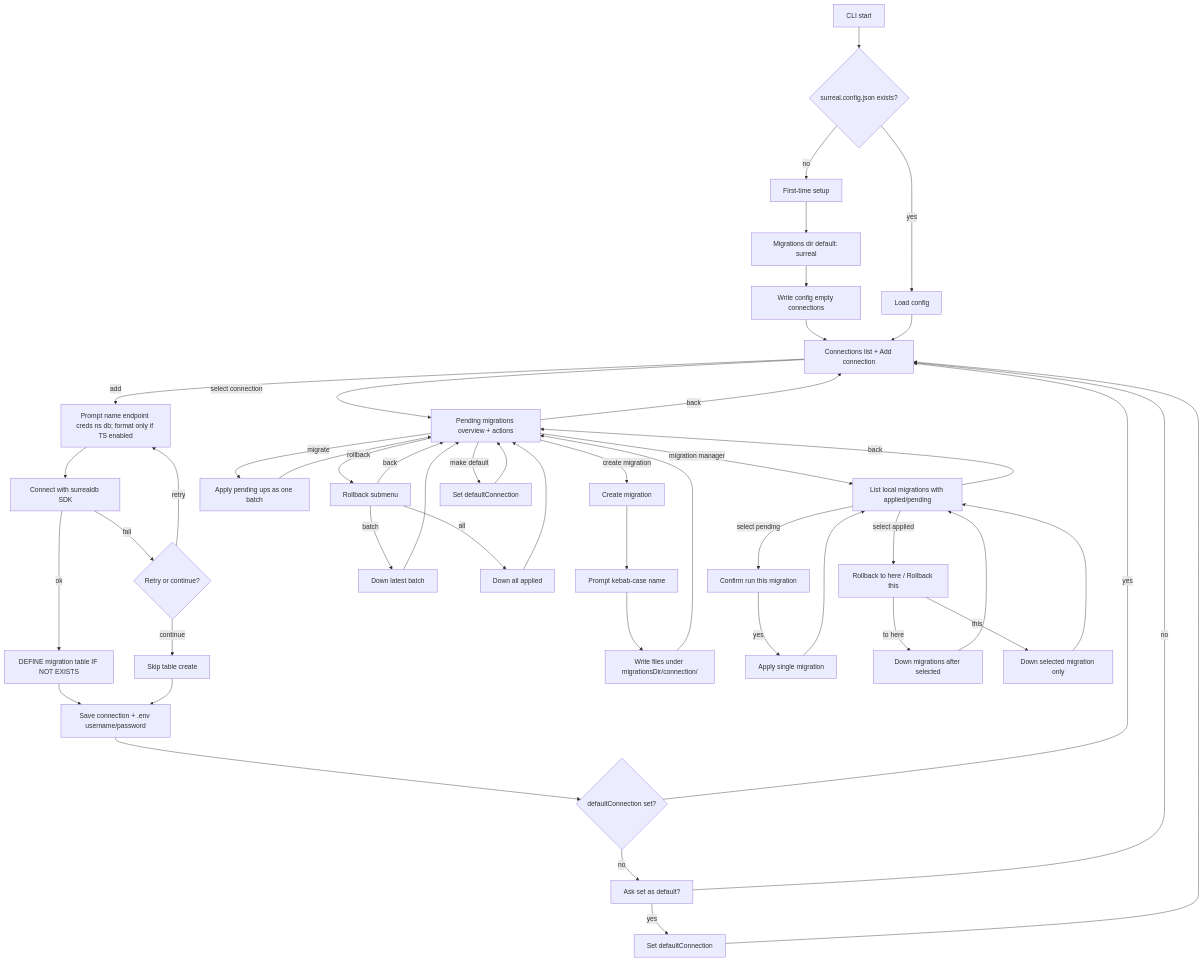
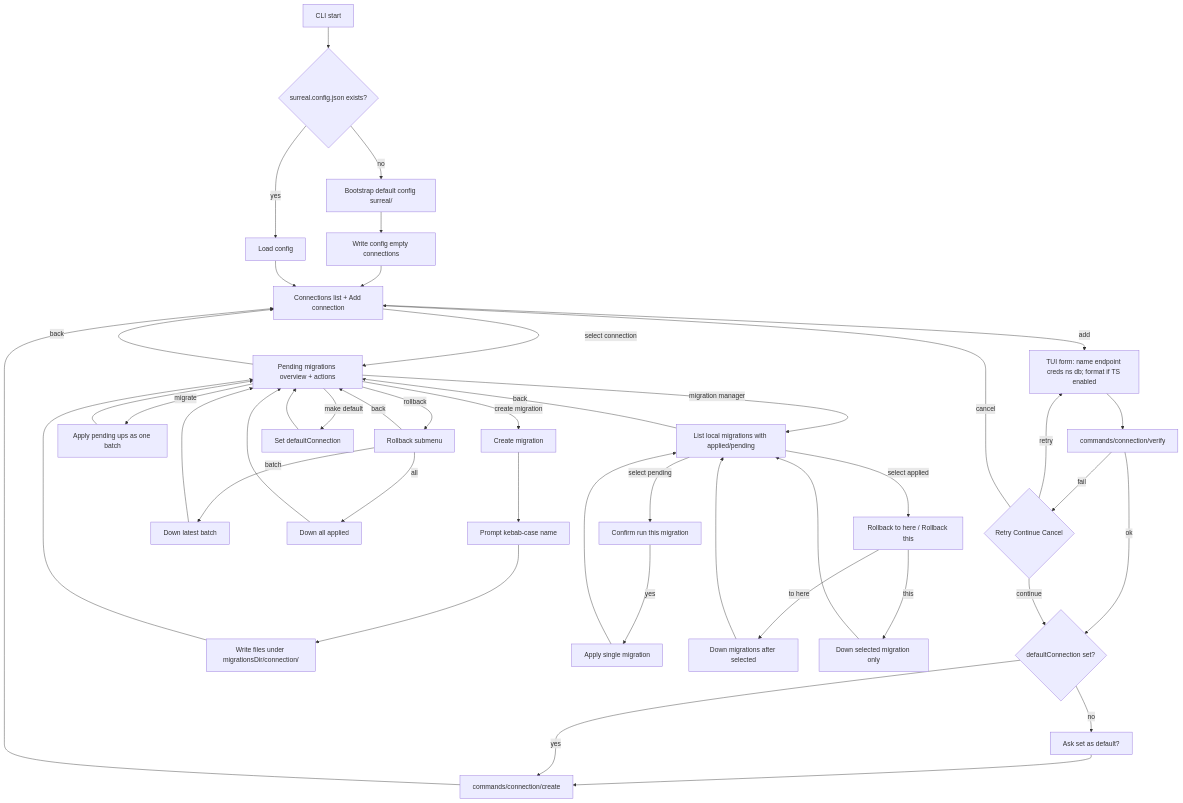
Before and after one commit to sneakylenny/surreal-migrator: the diagram in docs/flow.md, drawn with Mermaid. The commit also changed 7 other files, not shown here.

````diff
--- a/docs/flow.md
+++ b/docs/flow.md
@@ -3,50 +3,46 @@
 ```mermaid
 flowchart TD
   start[CLI start] --> hasConfig{surreal.config.json exists?}
-  hasConfig -->|no| setup[First-time setup]
-  setup --> pathPrompt["Migrations dir default: surreal"]
-  pathPrompt --> saveConfig["Write config empty connections"]
+  hasConfig -->|no| setup[Bootstrap default config surreal/]
+  setup --> saveConfig["Write config empty connections"]
   hasConfig -->|yes| loadConfig[Load config]
   saveConfig --> connectionsMenu
   loadConfig --> connectionsMenu[Connections list + Add connection]
   connectionsMenu -->|select connection| connectionMenu[Pending migrations overview + actions]
-  connectionsMenu -->|add| addConn["Prompt name endpoint creds ns db; format only if TS enabled"]
-  addConn --> verify[Connect with surrealdb SDK]
-  verify -->|ok| ensureTable["DEFINE migration table IF NOT EXISTS"]
-  verify -->|fail| retryOrContinue{Retry or continue?}
+  connectionsMenu -->|add| addConn["TUI form: name endpoint creds ns db; format if TS enabled"]
+  addConn --> verify[commands/connection/verify]
+  verify -->|ok| askDefault{defaultConnection set?}
+  verify -->|fail| retryOrContinue{Retry Continue Cancel}
   retryOrContinue -->|retry| addConn
-  retryOrContinue -->|continue| skipTable[Skip table create]
-  ensureTable --> saveConn["Save connection + .env username/password"]
-  skipTable --> saveConn
-  saveConn --> hasDefault{defaultConnection set?}
-  hasDefault -->|no| askDefault["Ask set as default?"]
-  askDefault -->|yes| setDefault[Set defaultConnection]
-  askDefault -->|no| connectionsMenu
-  setDefault --> connectionsMenu
-  hasDefault -->|yes| connectionsMenu
+  retryOrContinue -->|continue| askDefault
+  retryOrContinue -->|cancel| connectionsMenu
+  askDefault -->|no| makeDefault["Ask set as default?"]
+  makeDefault --> createCmd[commands/connection/create]
+  askDefault -->|yes| createCmd
+  createCmd --> connectionsMenu
   connectionMenu -->|create migration| createMig[Create migration]
   createMig --> namePrompt["Prompt kebab-case name"]
   namePrompt --> writeFiles["Write files under migrationsDir/connection/"]
   writeFiles --> connectionMenu
   connectionMenu -->|migrate| migrateUp["Apply pending ups as one batch"]
   connectionMenu -->|rollback| rollbackMenu[Rollback submenu]
   rollbackMenu -->|batch| rollbackBatch["Down latest batch"]
   rollbackMenu -->|all| rollbackAll["Down all applied"]
   rollbackMenu -->|back| connectionMenu
   connectionMenu -->|migration manager| managerList["List local migrations with applied/pending"]
   managerList -->|select pending| confirmRun["Confirm run this migration"]
   confirmRun -->|yes| migrateOne["Apply single migration"]
   managerList -->|select applied| appliedMenu["Rollback to here / Rollback this"]
   appliedMenu -->|to here| rollbackAfter["Down migrations after selected"]
   appliedMenu -->|this| rollbackOne["Down selected migration only"]
   migrateUp --> connectionMenu
   rollbackBatch --> connectionMenu
   rollbackAll --> connectionMenu
   migrateOne --> managerList
   rollbackAfter --> managerList
   rollbackOne --> managerList
   managerList -->|back| connectionMenu
   connectionMenu -->|make default| setDefaultFromMenu[Set defaultConnection]
   setDefaultFromMenu --> connectionMenu
   connectionMenu -->|back| connectionsMenu
 ```
````
